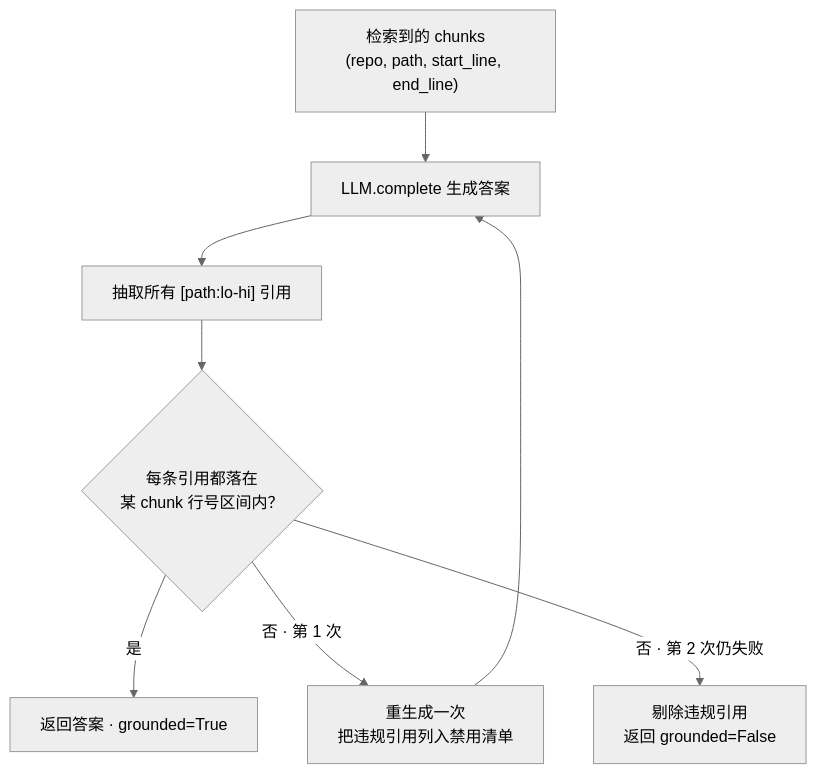
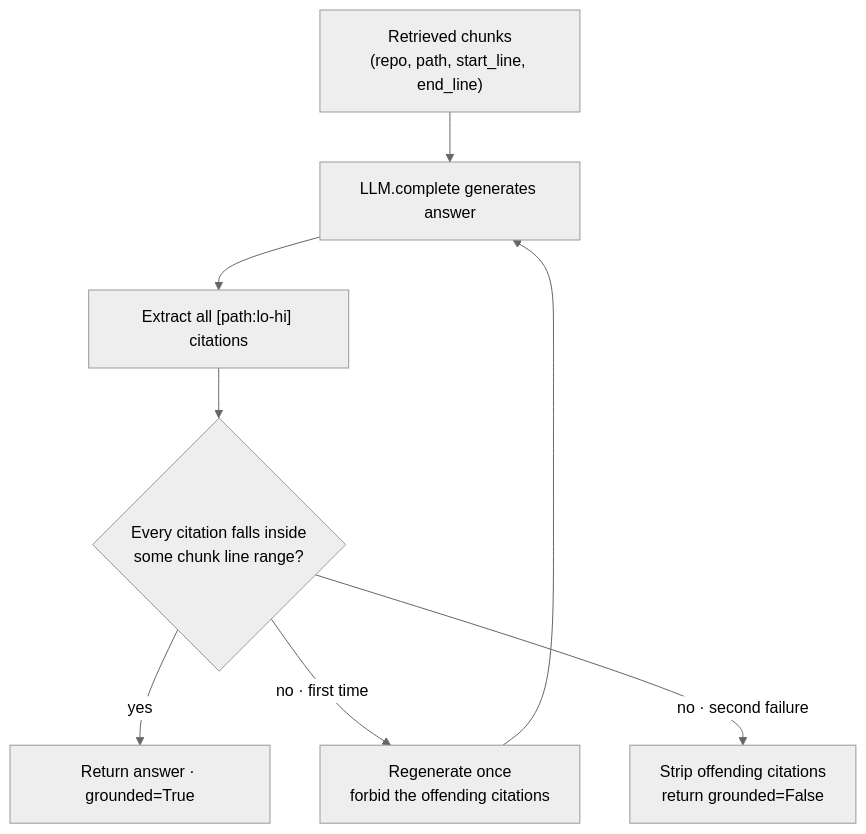
One commit to AndyUneducated/repo-sage changed the ninth of 11 diagrams in README.md. Above: the diagram before and after it, drawn with Mermaid (neutral theme). The commit also changed other lines of this file and 14 other files, not shown here.

````diff
--- a/README.md
+++ b/README.md
@@ -266,10 +266,10 @@
 ```mermaid
 flowchart TB
-  In["检索到的 chunks<br/>(repo, path, start_line, end_line)"] --> Gen["LLM.complete 生成答案"]
-  Gen --> Ext["抽取所有 [path:lo-hi] 引用"]
-  Ext --> Chk{"每条引用都落在<br/>某 chunk 行号区间内？"}
-  Chk -->|"是"| OK["返回答案 · grounded=True"]
-  Chk -->|"否 · 第 1 次"| Re["重生成一次<br/>把违规引用列入禁用清单"]
+  In["Retrieved chunks<br/>(repo, path, start_line, end_line)"] --> Gen["LLM.complete generates answer"]
+  Gen --> Ext["Extract all [path:lo-hi] citations"]
+  Ext --> Chk{"Every citation falls inside<br/>some chunk line range?"}
+  Chk -->|"yes"| OK["Return answer · grounded=True"]
+  Chk -->|"no · first time"| Re["Regenerate once<br/>forbid the offending citations"]
   Re --> Gen
-  Chk -->|"否 · 第 2 次仍失败"| Strip["剔除违规引用<br/>返回 grounded=False"]
+  Chk -->|"no · second failure"| Strip["Strip offending citations<br/>return grounded=False"]
 ```
````
